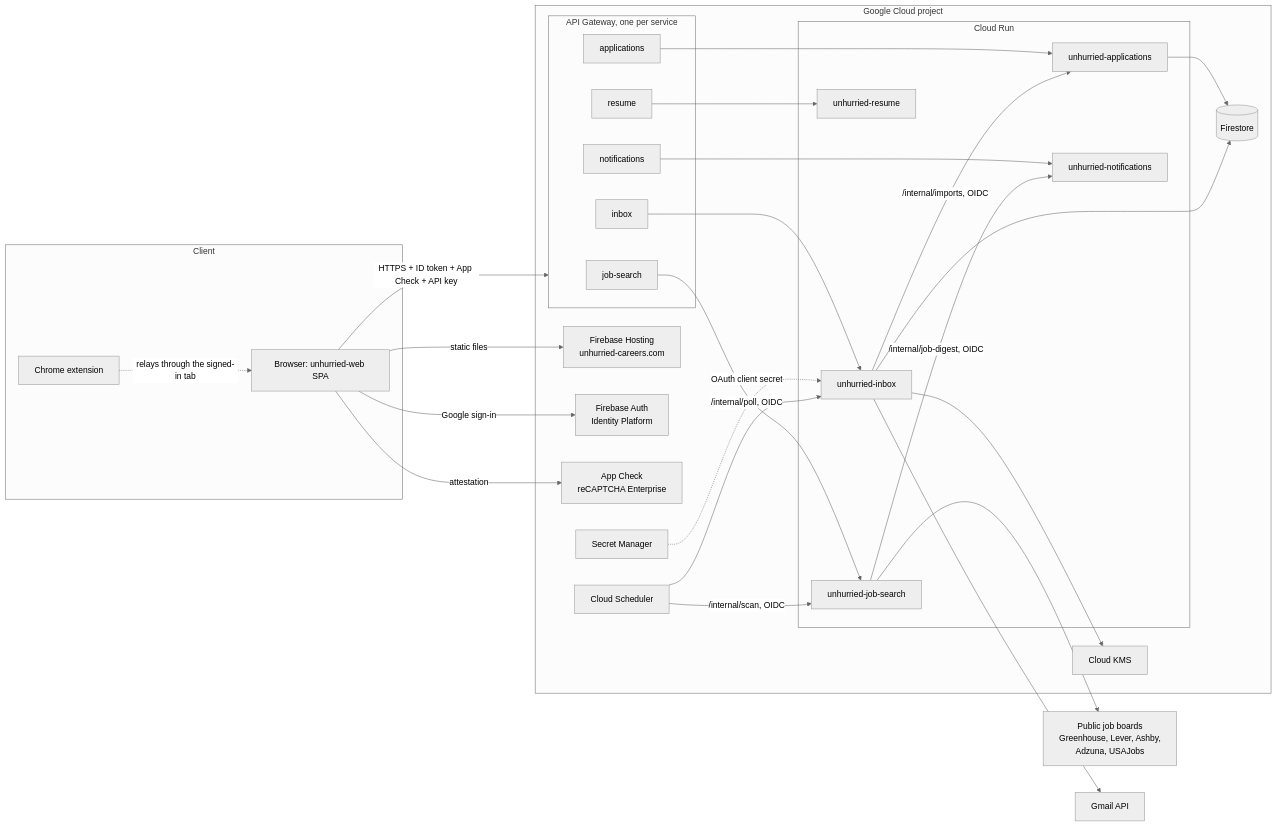
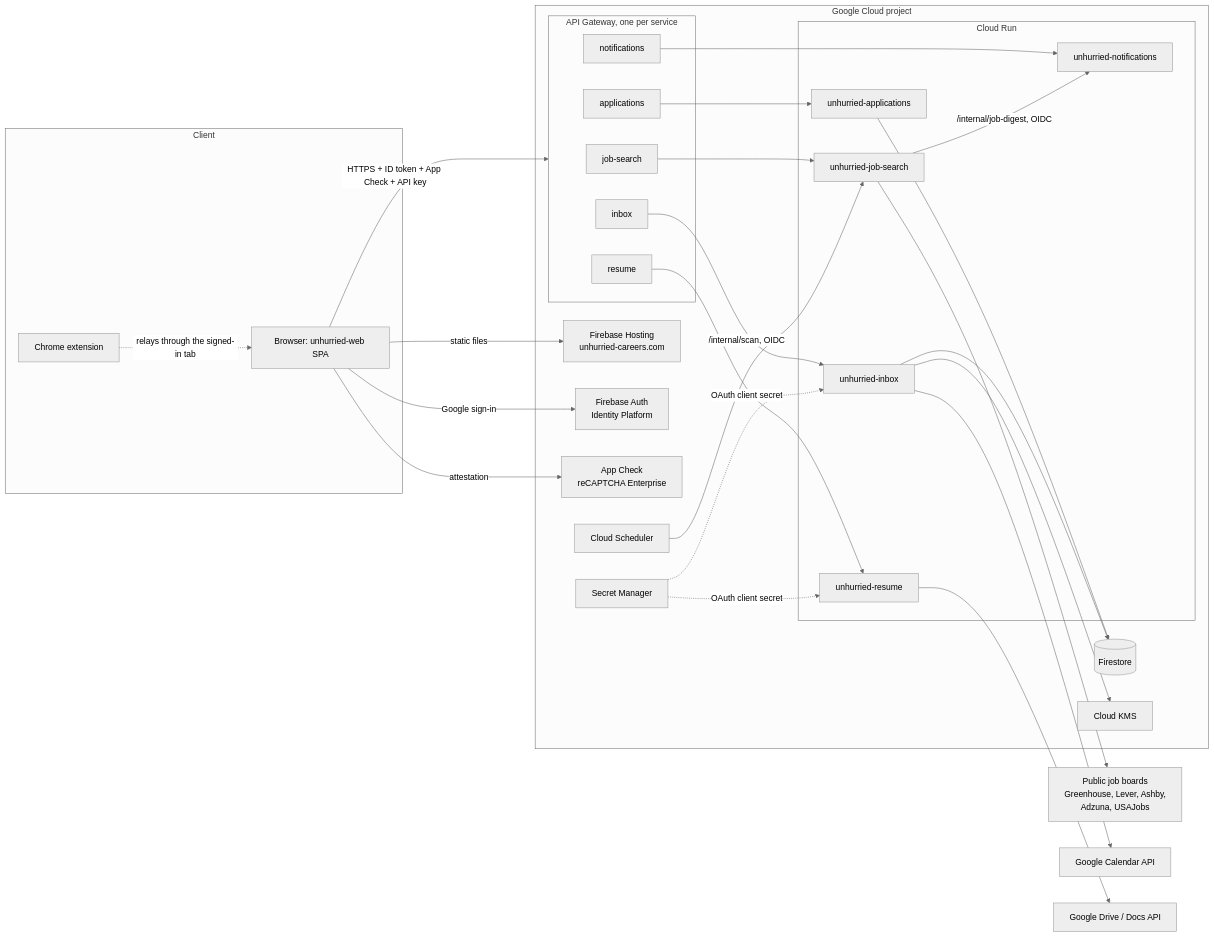
Before and after one commit to Unhurried-Careers/unhurried-product: the first of 3 diagrams in docs/architecture.md, drawn with Mermaid (neutral theme). The commit also changed other lines of this file and 6 other files, not shown here.

Commit message:
docs: remove Gmail application status tracking from product and architecture documentation

````diff
--- a/docs/architecture.md
+++ b/docs/architecture.md
@@ -7,53 +7,54 @@
 ```mermaid
 flowchart LR
   subgraph Client
     B[Browser: unhurried-web SPA]
     X[Chrome extension]
   end
   subgraph Google Cloud project
     H[Firebase Hosting<br/>unhurried-careers.com]
     FA[Firebase Auth<br/>Identity Platform]
     AC[App Check<br/>reCAPTCHA Enterprise]
     subgraph Gateways[API Gateway, one per service]
       G1[job-search]
       G2[resume]
       G3[applications]
       G4[notifications]
       G5[inbox]
     end
     subgraph Run[Cloud Run]
       S1[unhurried-job-search]
       S2[unhurried-resume]
       S3[unhurried-applications]
       S4[unhurried-notifications]
       S5[unhurried-inbox]
     end
     FS[(Firestore)]
     KMS[Cloud KMS]
     SM[Secret Manager]
     SCH[Cloud Scheduler]
   end
   EXT[Public job boards<br/>Greenhouse, Lever, Ashby,<br/>Adzuna, USAJobs]
-  GM[Gmail API]
+  GCAL[Google Calendar API]
+  GD[Google Drive / Docs API]
 
   B -->|static files| H
   B -->|Google sign-in| FA
   B -->|attestation| AC
   X -.->|relays through the signed-in tab| B
   B -->|HTTPS + ID token + App Check + API key| Gateways
   G1 --> S1
   G2 --> S2
   G3 --> S3
   G4 --> S4
   G5 --> S5
   S1 --> EXT
+  S2 --> GD
   S3 --> FS
   S5 --> FS
   S5 --> KMS
-  S5 --> GM
+  S5 --> GCAL
+  SM -.->|OAuth client secret| S2
   SM -.->|OAuth client secret| S5
-  S5 -->|/internal/imports, OIDC| S3
   S1 -->|/internal/job-digest, OIDC| S4
   SCH -->|/internal/scan, OIDC| S1
-  SCH -->|/internal/poll, OIDC| S5
 ```
````
